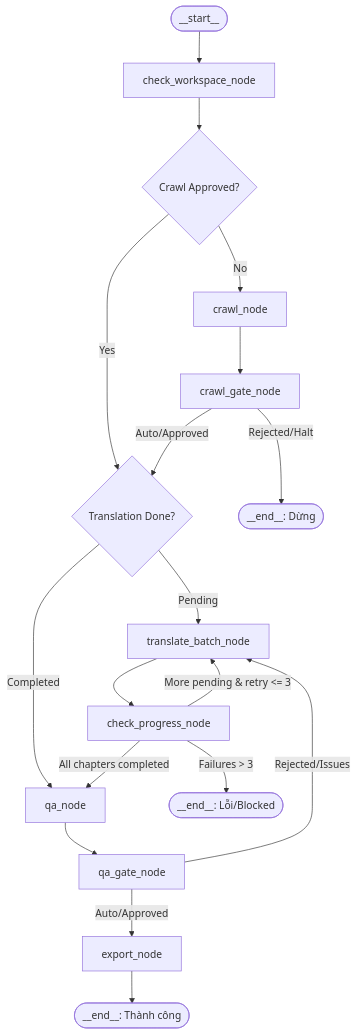
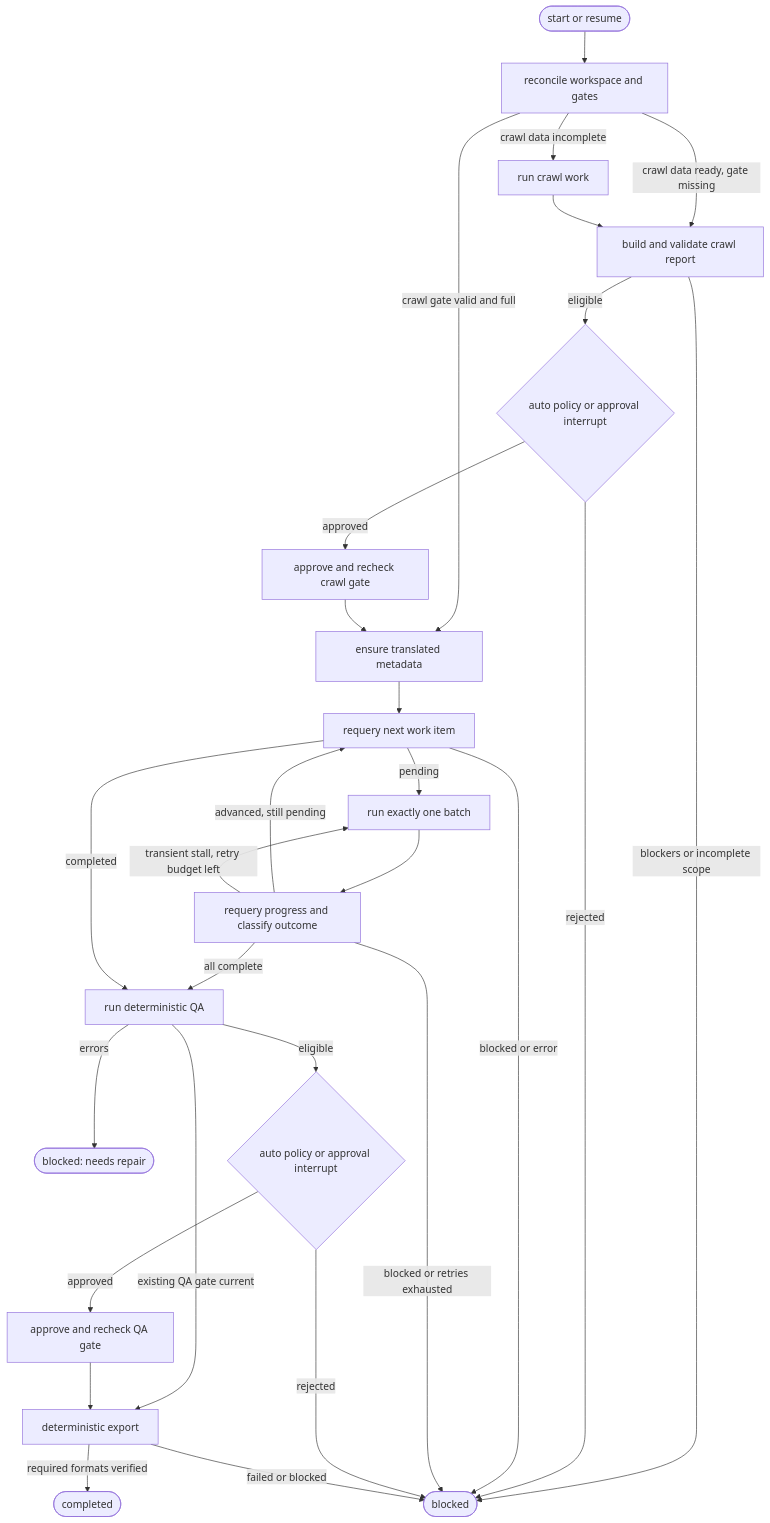
The diagram in docs/superpowers/specs/2026-09-25-orchestrator-langgraph-design.md (latuannetnam/dich-truyen-agent), drawn with Mermaid before and after one commit. The commit also changed other lines of this file, not shown here.

````diff
--- a/docs/superpowers/specs/2026-09-25-orchestrator-langgraph-design.md
+++ b/docs/superpowers/specs/2026-09-25-orchestrator-langgraph-design.md
@@ -132,26 +101,30 @@
 ```mermaid
 flowchart TD
-    Start([__start__]) --> CheckWorkspace[check_workspace_node]
-    CheckWorkspace --> CheckCrawlGate{Crawl Approved?}
-    
-    CheckCrawlGate -->|No| CrawlNode[crawl_node]
-    CheckCrawlGate -->|Yes| CheckTranslationGate
-    
-    CrawlNode --> CrawlGateNode[crawl_gate_node]
-    CrawlGateNode -->|Auto/Approved| CheckTranslationGate{Translation Done?}
-    CrawlGateNode -->|Rejected/Halt| EndHalt([__end__: Dừng])
-    
-    CheckTranslationGate -->|Pending| TranslateBatchNode[translate_batch_node]
-    CheckTranslationGate -->|Completed| QANode[qa_node]
-    
-    TranslateBatchNode --> CheckProgressNode[check_progress_node]
-    CheckProgressNode -->|More pending & retry <= 3| TranslateBatchNode
-    CheckProgressNode -->|All chapters completed| QANode
-    CheckProgressNode -->|Failures > 3| EndError([__end__: Lỗi/Blocked])
-    
-    QANode --> QAGateNode[qa_gate_node]
-    QAGateNode -->|Auto/Approved| ExportNode[export_node]
-    QAGateNode -->|Rejected/Issues| TranslateBatchNode
-    
-    ExportNode --> EndSuccess([__end__: Thành công])
+    Start([start or resume]) --> Inspect[reconcile workspace and gates]
+    Inspect -->|crawl gate valid and full| Metadata[ensure translated metadata]
+    Inspect -->|crawl data incomplete| Crawl[run crawl work]
+    Inspect -->|crawl data ready, gate missing| CrawlReport[build and validate crawl report]
+    Crawl --> CrawlReport
+    CrawlReport -->|blockers or incomplete scope| Blocked([blocked])
+    CrawlReport -->|eligible| CrawlDecision{auto policy or approval interrupt}
+    CrawlDecision -->|approved| ApproveCrawl[approve and recheck crawl gate]
+    CrawlDecision -->|rejected| Blocked
+    ApproveCrawl --> Metadata
+    Metadata --> NextItem[requery next work item]
+    NextItem -->|pending| Batch[run exactly one batch]
+    NextItem -->|blocked or error| Blocked
+    Batch --> Reconcile[requery progress and classify outcome]
+    Reconcile -->|advanced, still pending| NextItem
+    Reconcile -->|transient stall, retry budget left| Batch
+    Reconcile -->|blocked or retries exhausted| Blocked
+    Reconcile -->|all complete| QA[run deterministic QA]
+    NextItem -->|completed| QA
+    QA -->|existing QA gate current| Export
+    QA -->|errors| NeedsRepair([blocked: needs repair])
+    QA -->|eligible| QADecision{auto policy or approval interrupt}
+    QADecision -->|approved| ApproveQA[approve and recheck QA gate]
+    QADecision -->|rejected| Blocked
+    ApproveQA --> Export[deterministic export]
+    Export -->|required formats verified| Done([completed])
+    Export -->|failed or blocked| Blocked
 ```
````
